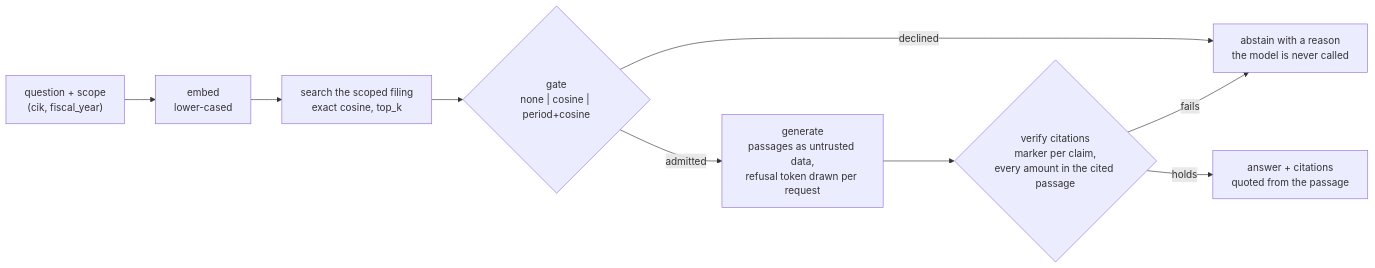
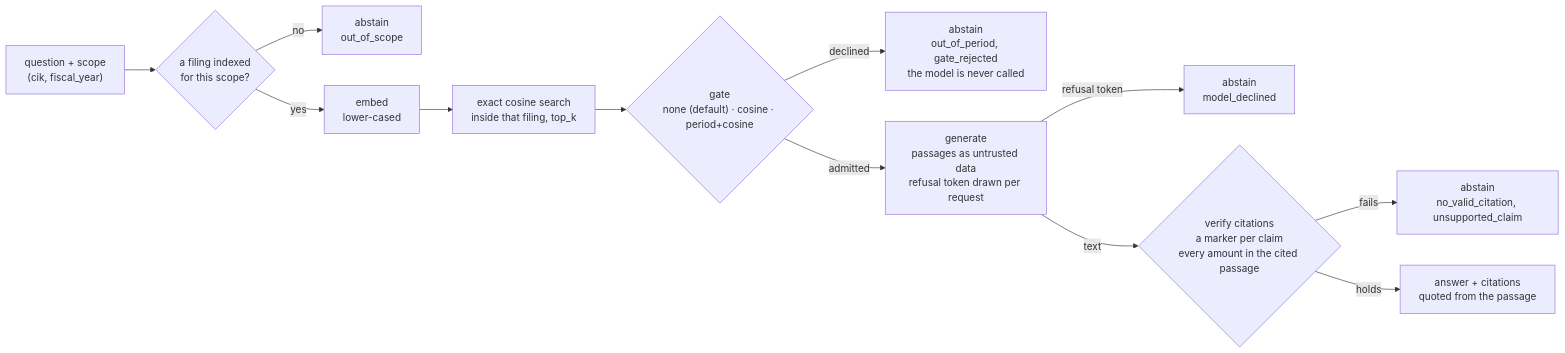
The third of 4 diagrams in README.md (Rodrigo-Palma/edgar-rag), drawn with Mermaid before and after one commit. The commit also changed other lines of this file and 2 other files, not shown here.

````diff
--- a/README.md
+++ b/README.md
@@ -168,11 +196,14 @@
 ```mermaid
 flowchart LR
-  Q["question + scope<br/>(cik, fiscal_year)"] --> E["embed<br/>lower-cased"]
-  E --> S["search the scoped filing<br/>exact cosine, top_k"]
-  S --> G{"gate<br/>none | cosine | period+cosine"}
-  G -- declined --> X["abstain with a reason<br/>the model is never called"]
-  G -- admitted --> L["generate<br/>passages as untrusted data,<br/>refusal token drawn per request"]
-  L --> V{"verify citations<br/>marker per claim,<br/>every amount in the cited passage"}
-  V -- fails --> X
+  Q["question + scope<br/>(cik, fiscal_year)"] --> SC{"a filing indexed<br/>for this scope?"}
+  SC -- no --> X1["abstain<br/>out_of_scope"]
+  SC -- yes --> E["embed<br/>lower-cased"]
+  E --> S["exact cosine search<br/>inside that filing, top_k"]
+  S --> G{"gate<br/>none (default) · cosine · period+cosine"}
+  G -- declined --> X2["abstain<br/>out_of_period, gate_rejected<br/>the model is never called"]
+  G -- admitted --> L["generate<br/>passages as untrusted data<br/>refusal token drawn per request"]
+  L -- refusal token --> X3["abstain<br/>model_declined"]
+  L -- text --> V{"verify citations<br/>a marker per claim<br/>every amount in the cited passage"}
+  V -- fails --> X4["abstain<br/>no_valid_citation, unsupported_claim"]
   V -- holds --> A["answer + citations<br/>quoted from the passage"]
 ```
````
